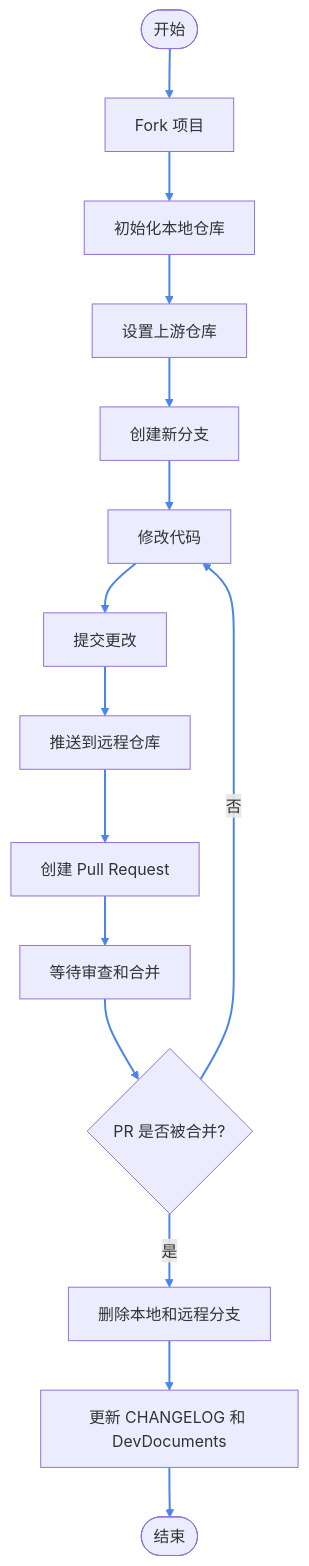
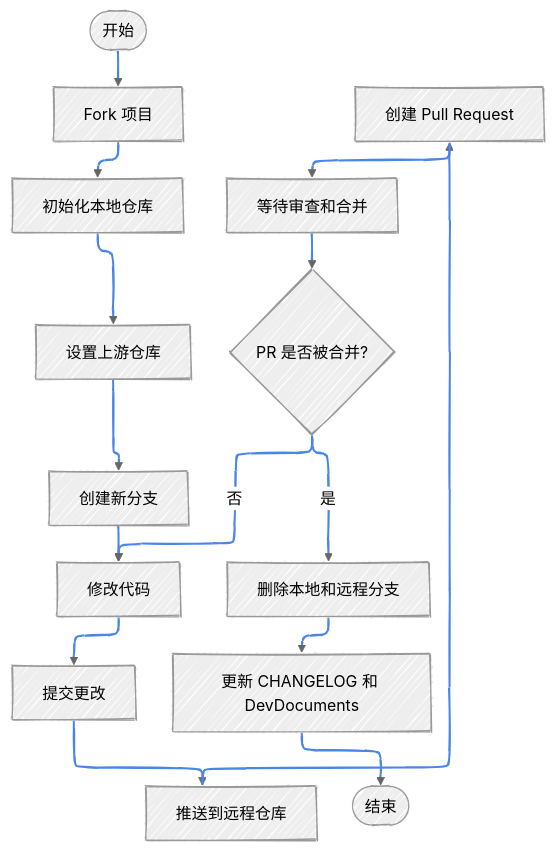
One commit to CrychicTeam/CrychicDoc changed the diagram in docs/zh/doc/cooperation.md. Above: the diagram before and after it, drawn with Mermaid. The commit also changed other lines of this file and 7 other files, not shown here.

````diff
--- a/docs/zh/doc/cooperation.md
+++ b/docs/zh/doc/cooperation.md
@@ -148,23 +146,32 @@
 ```mermaid
+---
+config:
+  layout: elk
+  look: handDrawn
+  theme: neutral
+  elk:
+    mergeEdges: true
+    nodePlacementStrategy: LINEAR_SEGMENTS
+---
 graph TD
     A([开始]) --> B[Fork 项目]
     B --> C[初始化本地仓库]
     C --> D[设置上游仓库]
     D --> E[创建新分支]
     E --> F[修改代码]
     F --> G[提交更改]
     G --> H[推送到远程仓库]
     H --> I[创建 Pull Request]
     I --> J[等待审查和合并]
     J --> K{PR 是否被合并?}
     K -->|是| L[删除本地和远程分支]
     K -->|否| F
     L --> M[更新 CHANGELOG 和 DevDocuments]
     M --> N([结束])
 
     class A,N fill:#e6f3ff,stroke:#4a86e8,stroke-width:2px
     class B,C,D,E,F,G,H,I,J,L,M fill:#fff2cc,stroke:#d6b656,stroke-width:2px
     class K fill:#d5e8d4,stroke:#82b366,stroke-width:2px
 
     linkStyle default stroke:#4a86e8,stroke-width:2px
 ```
````
